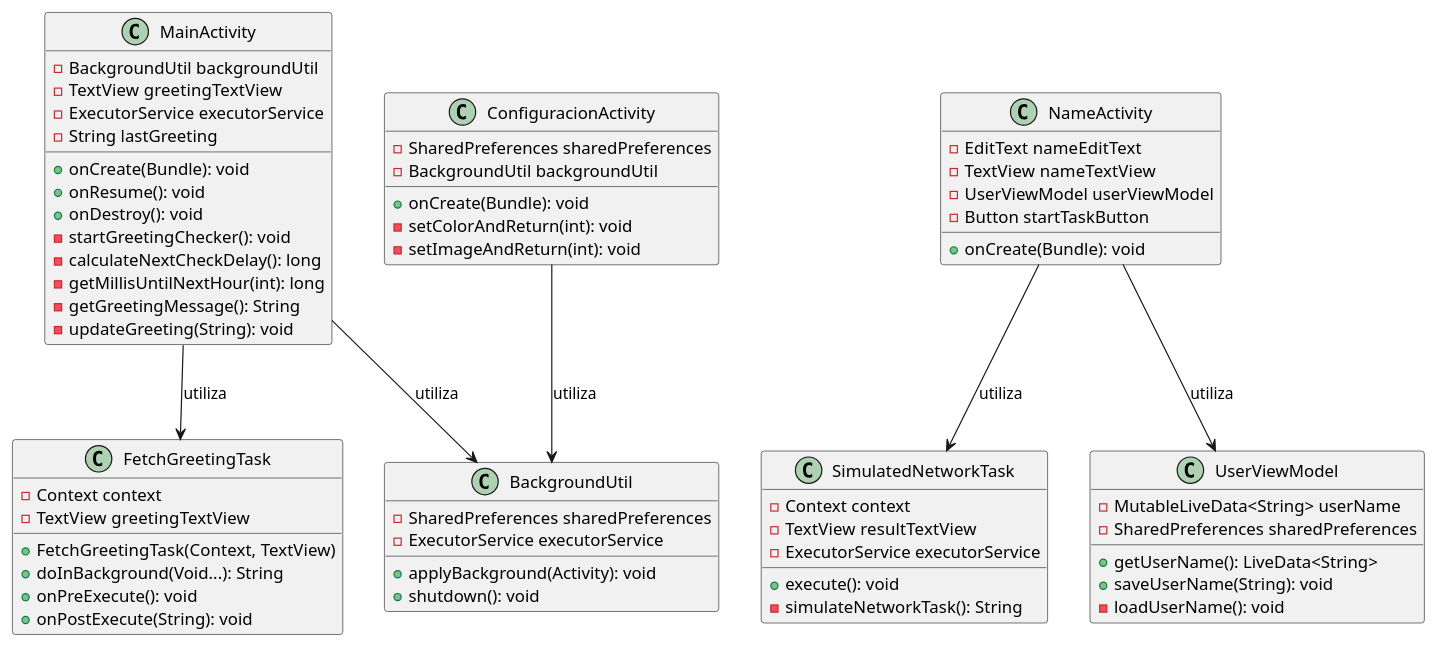
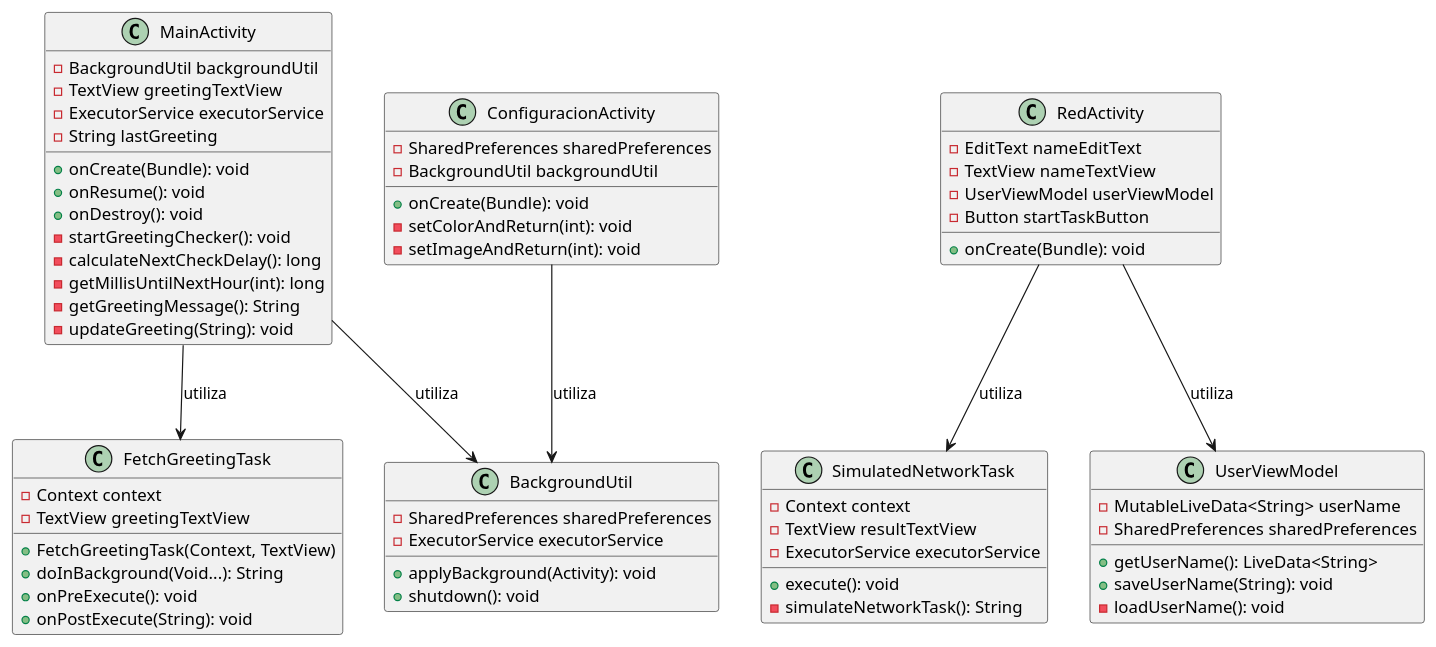
One commit to Jaime1999l/Taller_2_Jaime_Lopez changed the diagram in app/src/main/java/UML/UMLClases.puml. Above: the diagram before and after it, drawn with PlantUML. The commit also changed 6 other files, not shown here.

```diff
--- a/app/src/main/java/UML/UMLClases.puml
+++ b/app/src/main/java/UML/UMLClases.puml
@@ -1,75 +1,72 @@
 @startuml
-' Definir las clases principales
 
 class MainActivity {
     - BackgroundUtil backgroundUtil
     - TextView greetingTextView
     - ExecutorService executorService
     - String lastGreeting
     + onCreate(Bundle): void
     + onResume(): void
     + onDestroy(): void
     - startGreetingChecker(): void
     - calculateNextCheckDelay(): long
     - getMillisUntilNextHour(int): long
     - getGreetingMessage(): String
     - updateGreeting(String): void
 }
 
-class NameActivity {
+class RedActivity {
     - EditText nameEditText
     - TextView nameTextView
     - UserViewModel userViewModel
     - Button startTaskButton
     + onCreate(Bundle): void
 }
 
 class ConfiguracionActivity {
     - SharedPreferences sharedPreferences
     - BackgroundUtil backgroundUtil
     + onCreate(Bundle): void
     - setColorAndReturn(int): void
     - setImageAndReturn(int): void
 }
 
 class BackgroundUtil {
     - SharedPreferences sharedPreferences
     - ExecutorService executorService
     + applyBackground(Activity): void
     + shutdown(): void
 }
 
 class FetchGreetingTask {
     - Context context
     - TextView greetingTextView
     + FetchGreetingTask(Context, TextView)
     + doInBackground(Void...): String
     + onPreExecute(): void
     + onPostExecute(String): void
 }
 
 class SimulatedNetworkTask {
     - Context context
     - TextView resultTextView
     - ExecutorService executorService
     + execute(): void
     - simulateNetworkTask(): String
 }
 
 class UserViewModel {
     - MutableLiveData<String> userName
     - SharedPreferences sharedPreferences
     + getUserName(): LiveData<String>
     + saveUserName(String): void
     - loadUserName(): void
 }
 
-' Definir relaciones entre las clases
-
-NameActivity --> UserViewModel : utiliza
-NameActivity --> SimulatedNetworkTask : utiliza
+RedActivity --> UserViewModel : utiliza
+RedActivity --> SimulatedNetworkTask : utiliza
 MainActivity --> BackgroundUtil : utiliza
 MainActivity --> FetchGreetingTask : utiliza
 ConfiguracionActivity --> BackgroundUtil : utiliza
 
 @enduml
```
